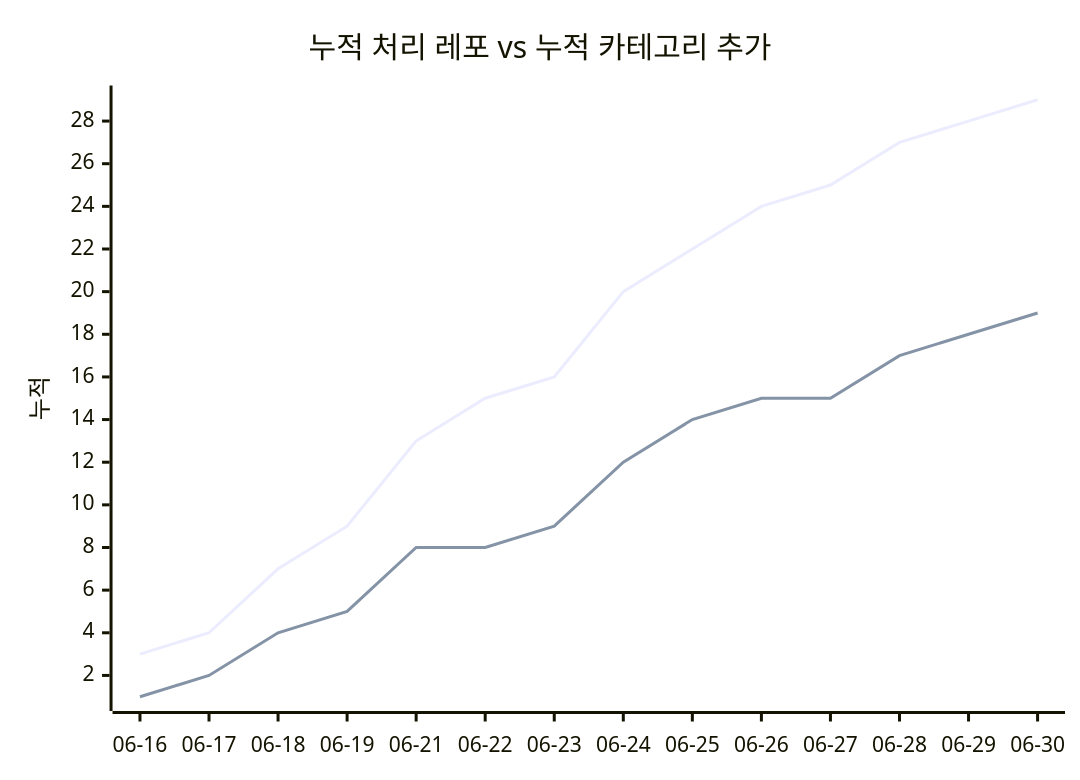
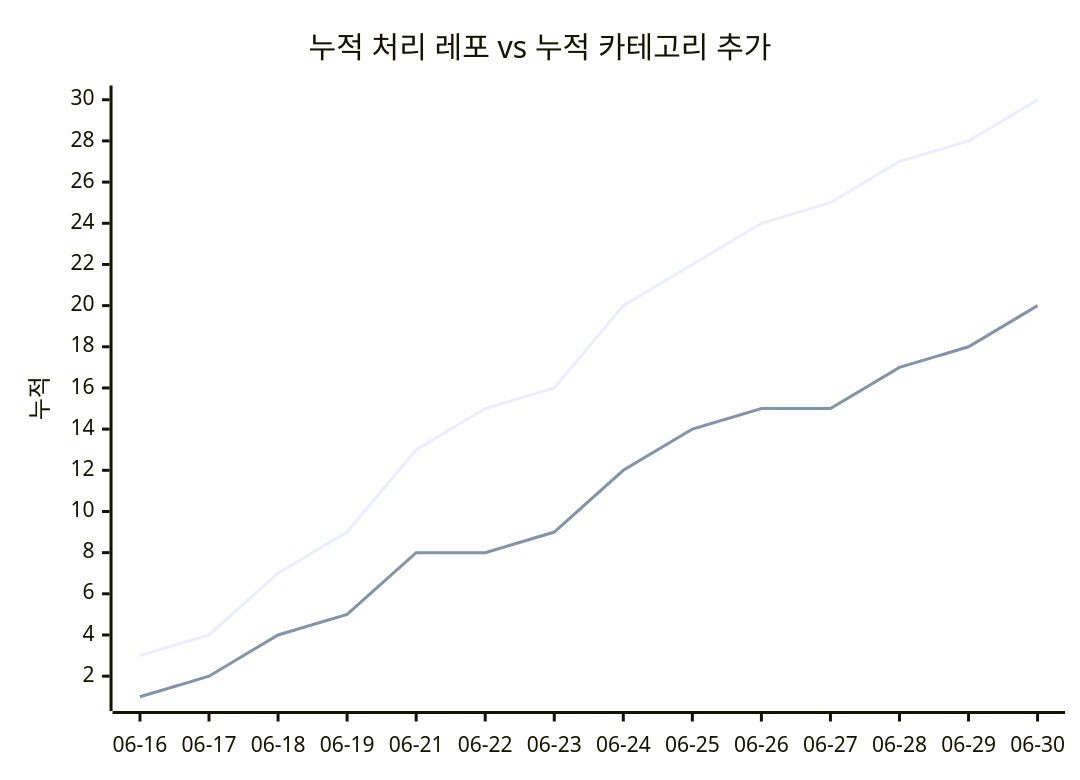
Before and after one commit to J-nowcow/awesome-korean-agent-skills: the second of 2 diagrams in docs/trends.md, drawn with Mermaid. The commit also changed other lines of this file and 4 other files, not shown here.

````diff
--- a/docs/trends.md
+++ b/docs/trends.md
@@ -68,8 +68,8 @@
 ```mermaid
 xychart-beta
     title "누적 처리 레포 vs 누적 카테고리 추가"
     x-axis ["06-16","06-17","06-18","06-19","06-21","06-22","06-23","06-24","06-25","06-26","06-27","06-28","06-29","06-30"]
     y-axis "누적"
-    line [3,4,7,9,13,15,16,20,22,24,25,27,28,29]
-    line [1,2,4,5,8,8,9,12,14,15,15,17,18,19]
+    line [3,4,7,9,13,15,16,20,22,24,25,27,28,30]
+    line [1,2,4,5,8,8,9,12,14,15,15,17,18,20]
 ```
````
